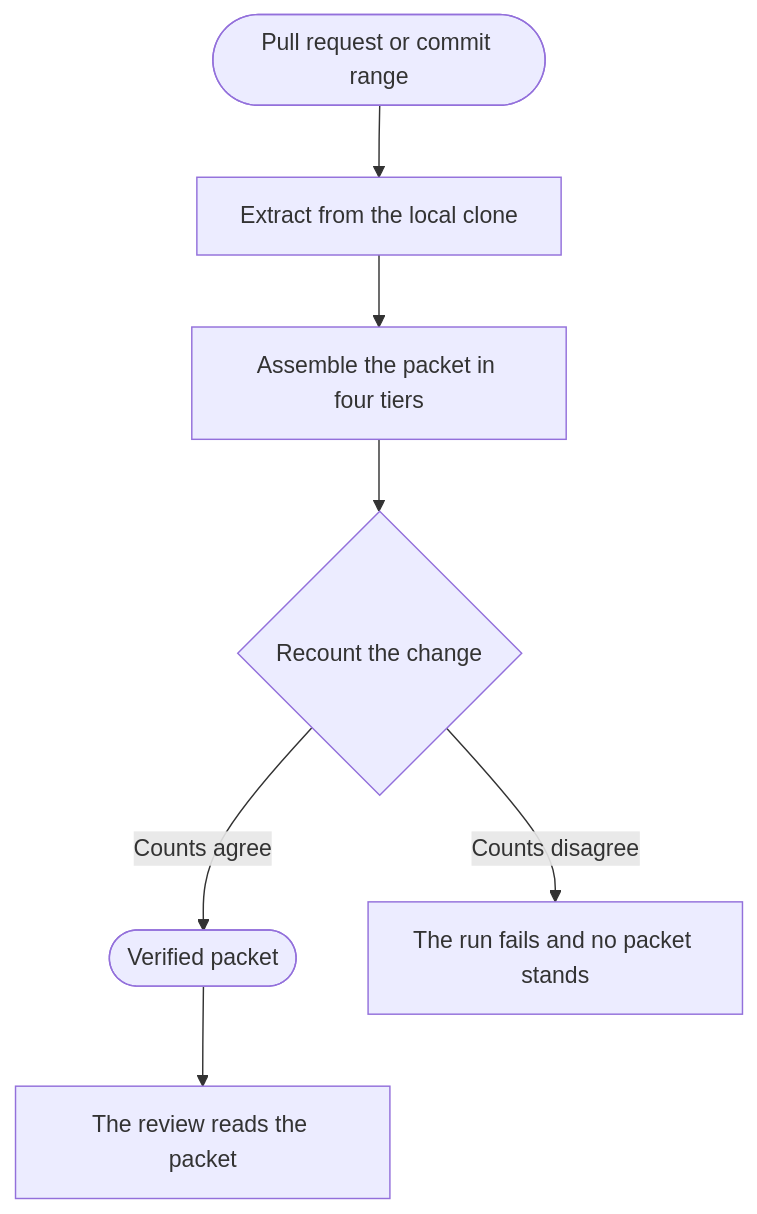
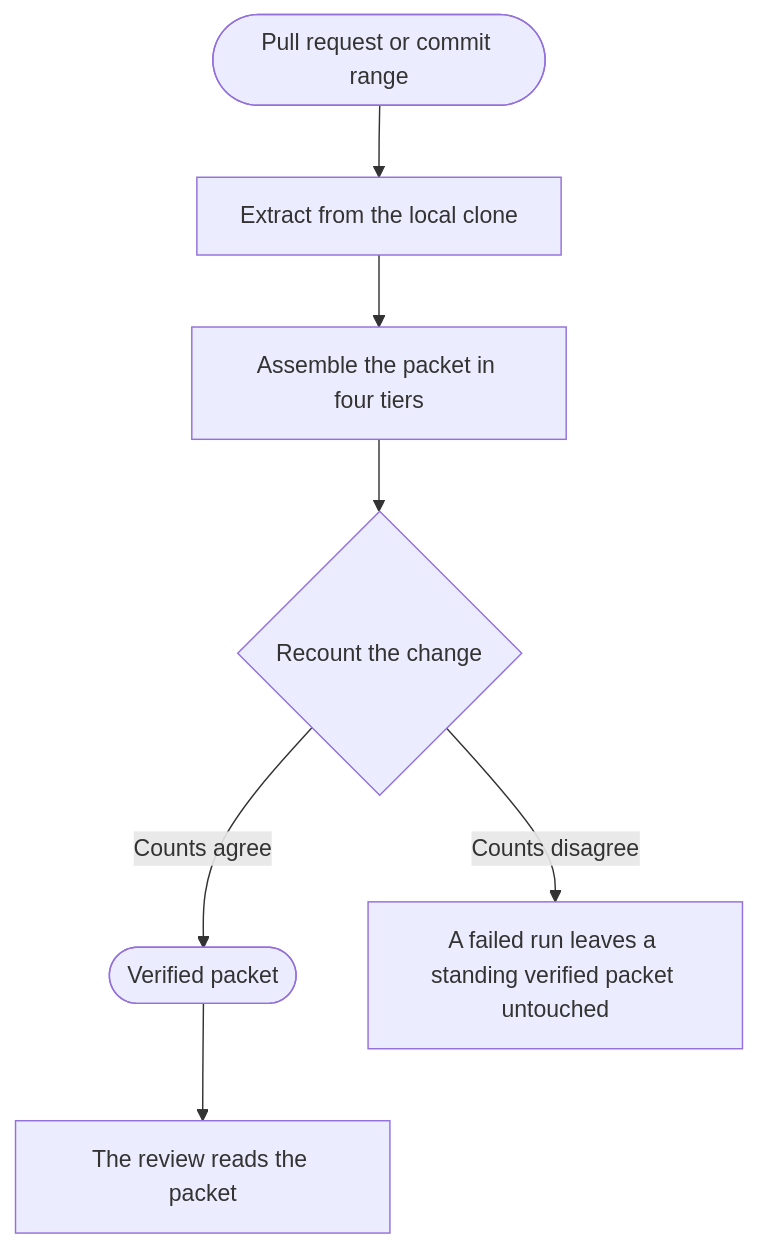
Before and after one commit to david-engelmann/recognitio: the diagram in README.md, drawn with Mermaid. The commit also changed other lines of this file and 2 other files, not shown here.

Commit message:
docs: restate failed run preservation in the readme quickstart and diagram

````diff
--- a/README.md
+++ b/README.md
@@ -140,9 +140,9 @@
 ```mermaid
 flowchart TB
     A([Pull request or commit range]) --> B[Extract from the local clone]
     B --> C[Assemble the packet in four tiers]
     C --> D{Recount the change}
     D -->|Counts agree| E([Verified packet])
-    D -->|Counts disagree| F[The run fails and no packet stands]
+    D -->|Counts disagree| F[A failed run leaves a standing verified packet untouched]
     E --> G[The review reads the packet]
 ```
````
